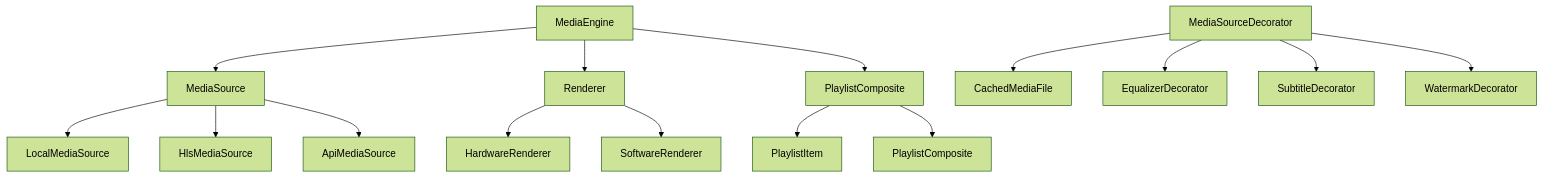
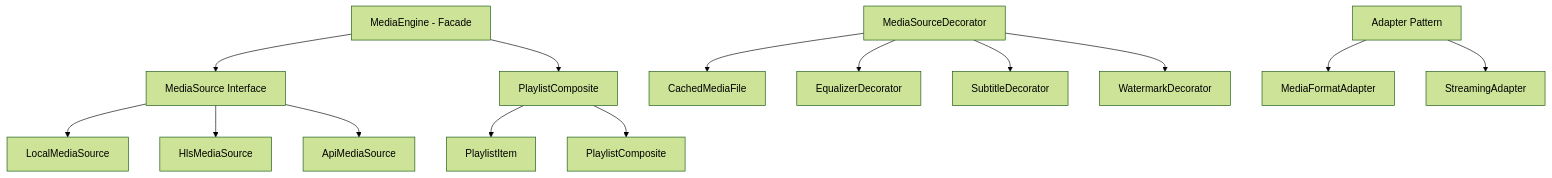
The diagram in README.md (JfryAntopuesto/Modular-Media-Streaming-Suite), drawn with Mermaid (forest theme) before and after one commit. The commit also changed other lines of this file and 10 other files, not shown here.

````diff
--- a/README.md
+++ b/README.md
@@ -44,21 +44,20 @@
 ```mermaid
 graph TB
-    A[MediaEngine] --> B[MediaSource]
-    A --> C[Renderer]
+    A[MediaEngine - Facade] --> B[MediaSource Interface]
     A --> D[PlaylistComposite]
     
     B --> E[LocalMediaSource]
     B --> F[HlsMediaSource]
     B --> G[ApiMediaSource]
-    
-    C --> H[HardwareRenderer]
-    C --> I[SoftwareRenderer]
     
     D --> J[PlaylistItem]
     D --> K[PlaylistComposite]
     
     L[MediaSourceDecorator] --> M[CachedMediaFile]
     L --> N[EqualizerDecorator]
     L --> O[SubtitleDecorator]
     L --> P[WatermarkDecorator]
+    
+    Q[Adapter Pattern] --> R[MediaFormatAdapter]
+    Q --> S[StreamingAdapter]
 ```
````
